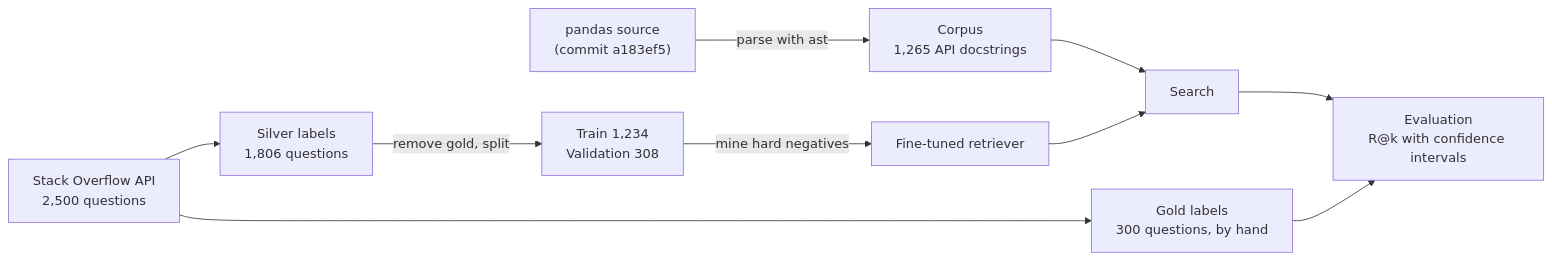
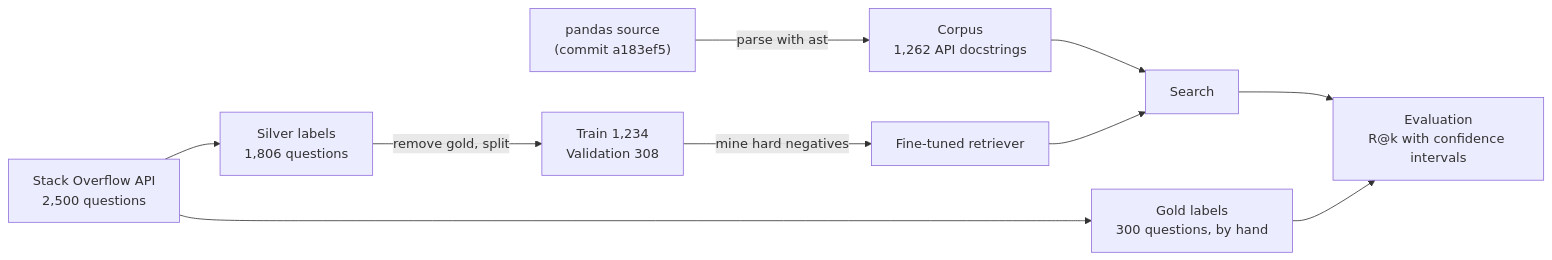
Before and after one commit to AGB2210/rag-for-pandas: the diagram in README.md, drawn with Mermaid. The commit also changed other lines of this file and 3 other files, not shown here.

````diff
--- a/README.md
+++ b/README.md
@@ -58,12 +58,12 @@
 ```mermaid
 flowchart LR
-    A["pandas source<br/>(commit a183ef5)"] -->|parse with ast| B["Corpus<br/>1,265 API docstrings"]
+    A["pandas source<br/>(commit a183ef5)"] -->|parse with ast| B["Corpus<br/>1,262 API docstrings"]
     C["Stack Overflow API<br/>2,500 questions"] --> D["Silver labels<br/>1,806 questions"]
     C --> E["Gold labels<br/>300 questions, by hand"]
     D -->|remove gold, split| F["Train 1,234<br/>Validation 308"]
     F -->|mine hard negatives| G["Fine-tuned retriever"]
     B --> H["Search"]
     G --> H
     H --> I["Evaluation<br/>R@k with confidence intervals"]
     E --> I
 ```
````
